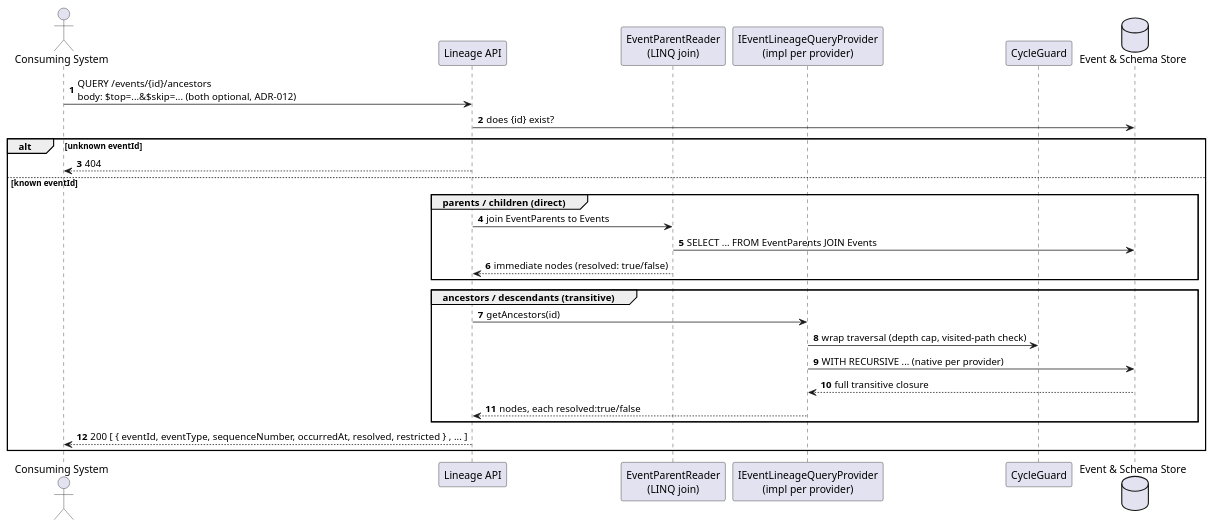
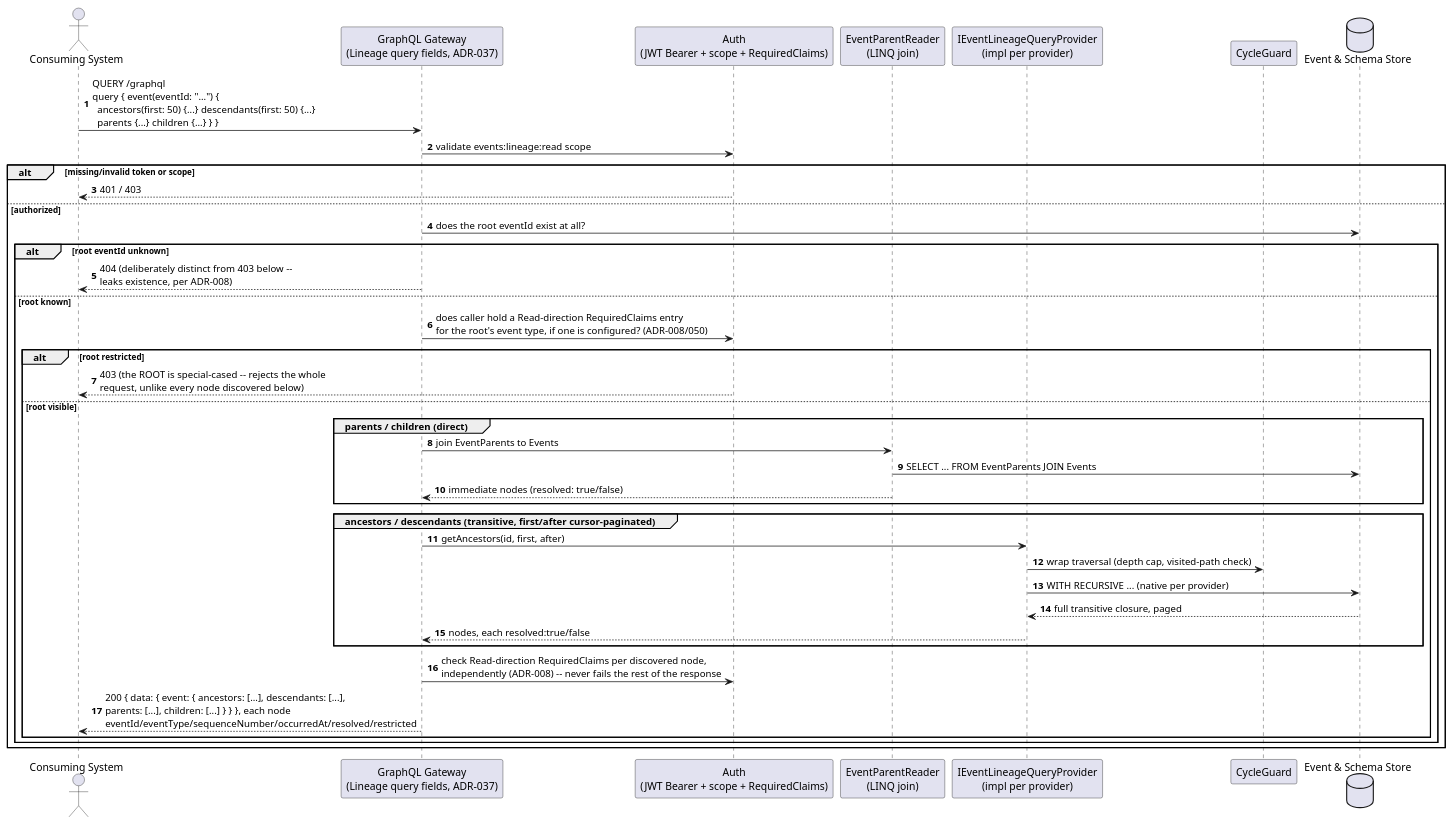
One commit to Mwwhited-BookLearning/EventSourcing changed the second of 3 diagrams in docs/features/event-chains.md. Above: the diagram before and after it, drawn with PlantUML. The commit also changed other lines of this file and 37 other files, not shown here.

````diff
--- a/docs/features/event-chains.md
+++ b/docs/features/event-chains.md
@@ -55,31 +60,43 @@
 ```plantuml
 @startuml EventChains_Query_Sequence
 autonumber
 actor "Consuming System" as client
-participant "Lineage API" as endpoint
+participant "GraphQL Gateway\n(Lineage query fields, ADR-037)" as endpoint
+participant "Auth\n(JWT Bearer + scope + RequiredClaims)" as auth
 participant "EventParentReader\n(LINQ join)" as directReader
 participant "IEventLineageQueryProvider\n(impl per provider)" as recursiveReader
 participant "CycleGuard" as guard
 database "Event & Schema Store" as db
 
-client -> endpoint: QUERY /events/{id}/ancestors\nbody: $top=...&$skip=... (both optional, ADR-012)
-endpoint -> db: does {id} exist?
-alt unknown eventId
-  endpoint --> client: 404
-else known eventId
-  group parents / children (direct)
-    endpoint -> directReader: join EventParents to Events
-    directReader -> db: SELECT ... FROM EventParents JOIN Events
-    directReader --> endpoint: immediate nodes (resolved: true/false)
+client -> endpoint: QUERY /graphql\nquery { event(eventId: "...") {\n  ancestors(first: 50) {...} descendants(first: 50) {...}\n  parents {...} children {...} } }
+endpoint -> auth: validate events:lineage:read scope
+alt missing/invalid token or scope
+  auth --> client: 401 / 403
+else authorized
+  endpoint -> db: does the root eventId exist at all?
+  alt root eventId unknown
+    endpoint --> client: 404 (deliberately distinct from 403 below --\nleaks existence, per ADR-008)
+  else root known
+    endpoint -> auth: does caller hold a Read-direction RequiredClaims entry\nfor the root's event type, if one is configured? (ADR-008/050)
+    alt root restricted
+      auth --> client: 403 (the ROOT is special-cased -- rejects the whole\nrequest, unlike every node discovered below)
+    else root visible
+      group parents / children (direct)
+        endpoint -> directReader: join EventParents to Events
+        directReader -> db: SELECT ... FROM EventParents JOIN Events
+        directReader --> endpoint: immediate nodes (resolved: true/false)
+      end
+      group ancestors / descendants (transitive, first/after cursor-paginated)
+        endpoint -> recursiveReader: getAncestors(id, first, after)
+        recursiveReader -> guard: wrap traversal (depth cap, visited-path check)
+        recursiveReader -> db: WITH RECURSIVE ... (native per provider)
+        db --> recursiveReader: full transitive closure, paged
+        recursiveReader --> endpoint: nodes, each resolved:true/false
+      end
+      endpoint -> auth: check Read-direction RequiredClaims per discovered node,\nindependently (ADR-008) -- never fails the rest of the response
+      endpoint --> client: 200 { data: { event: { ancestors: [...], descendants: [...],\nparents: [...], children: [...] } } }, each node\neventId/eventType/sequenceNumber/occurredAt/resolved/restricted
+    end
   end
-  group ancestors / descendants (transitive)
-    endpoint -> recursiveReader: getAncestors(id)
-    recursiveReader -> guard: wrap traversal (depth cap, visited-path check)
-    recursiveReader -> db: WITH RECURSIVE ... (native per provider)
-    db --> recursiveReader: full transitive closure
-    recursiveReader --> endpoint: nodes, each resolved:true/false
-  end
-  endpoint --> client: 200 [ { eventId, eventType, sequenceNumber, occurredAt, resolved, restricted } , ... ]
 end
 @enduml
 ```
````
